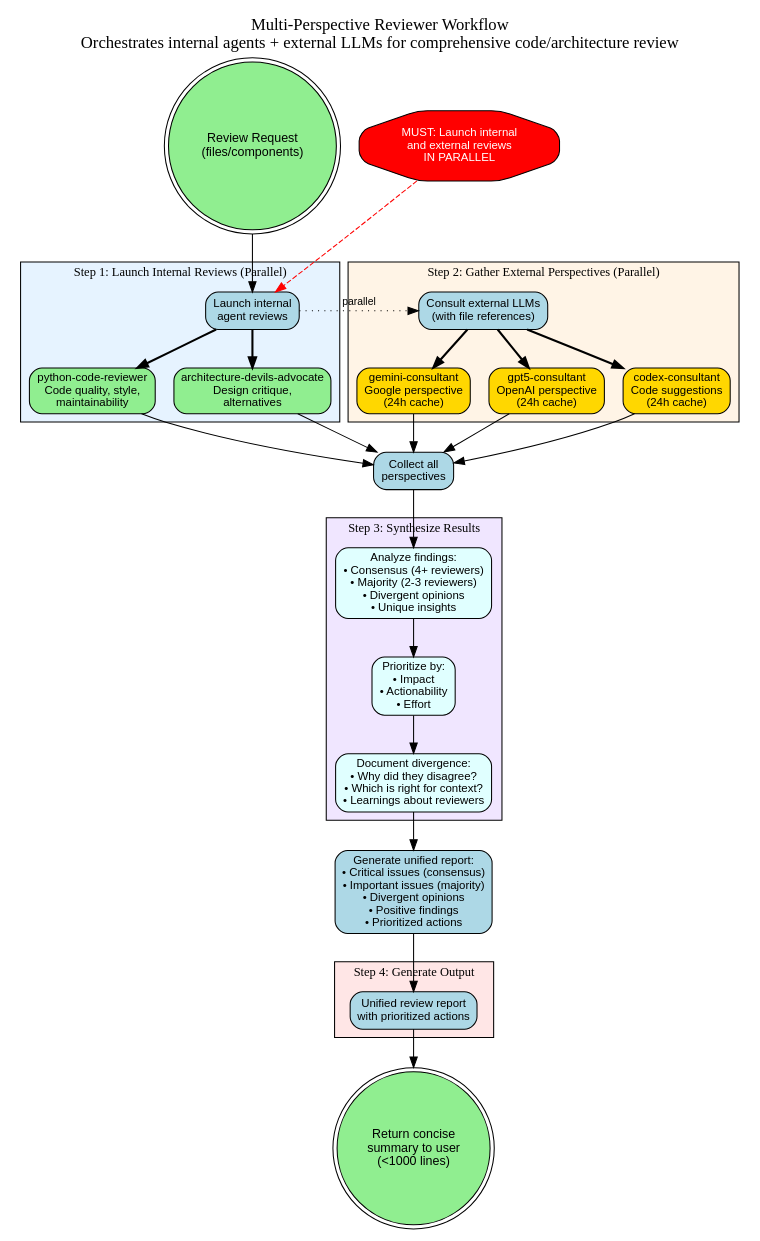
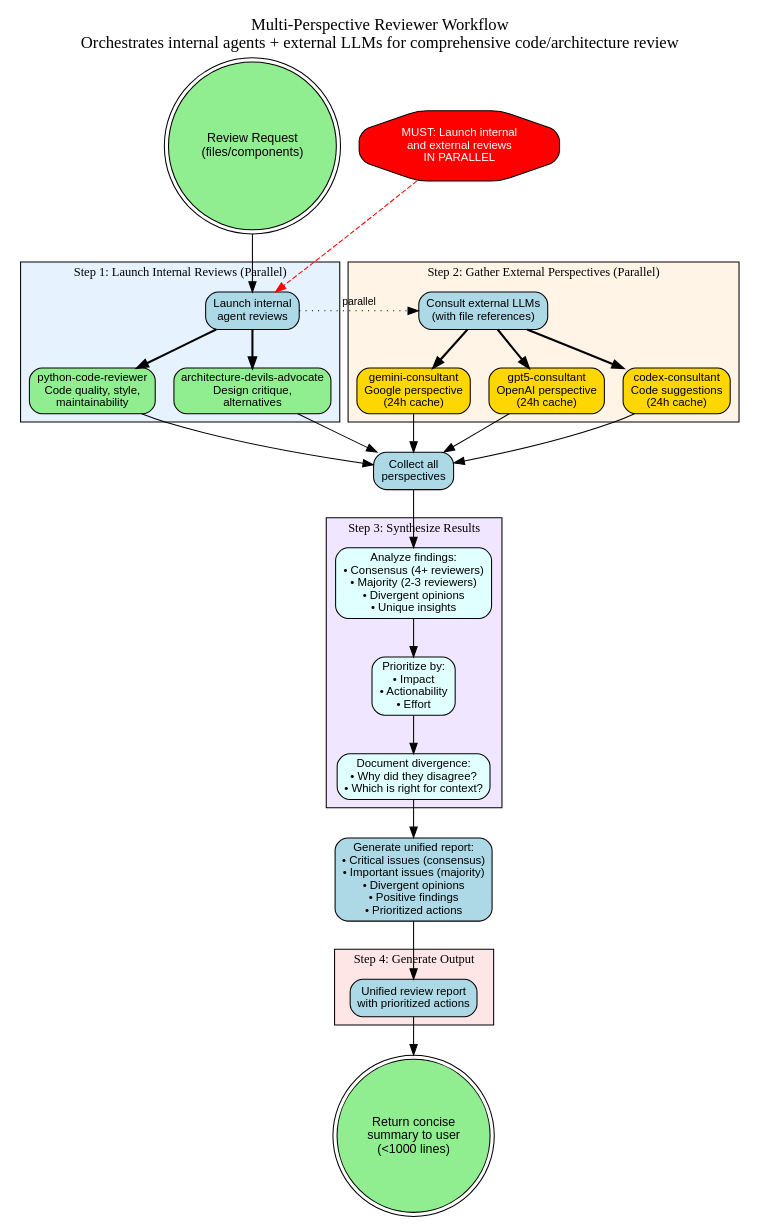
One commit to ravila4/claude-code-config changed the diagram in claude/agents/diagrams/multi-perspective-reviewer-workflow.dot. Above: the diagram before and after it, drawn with Graphviz. The commit also changed 10 other files, not shown here.

```diff
--- a/claude/agents/diagrams/multi-perspective-reviewer-workflow.dot
+++ b/claude/agents/diagrams/multi-perspective-reviewer-workflow.dot
@@ -1,127 +1,127 @@
 digraph MultiPerspectiveReviewer {
     rankdir = TB;
     compound = true;
     newrank = true;
 
     // Title
     labelloc = "t";
     label = "Multi-Perspective Reviewer Workflow\nOrchestrates internal agents + external LLMs for comprehensive code/architecture review";
     fontsize = 16;
     fontname = "Arial Bold";
 
     // Node defaults
     node [fontname="Arial", fontsize=11, style="rounded,filled"];
     edge [fontname="Arial", fontsize=10];
 
     // Entry point
     Start [label="Review Request\n(files/components)", shape=doublecircle, fillcolor=lightgreen, fontsize=12];
 
     // Step 1: Launch internal reviews (parallel)
     subgraph cluster_internal {
         label = "Step 1: Launch Internal Reviews (Parallel)";
         style = filled;
         fillcolor = "#e6f3ff";
         fontsize = 12;
         fontname = "Arial Bold";
 
         LaunchInternal [label="Launch internal\nagent reviews", shape=box, fillcolor=lightblue];
 
         PythonReviewer [label="python-code-reviewer\nCode quality, style,\nmaintainability", shape=box, fillcolor="#90EE90"];
 
         ArchReviewer [label="architecture-devils-advocate\nDesign critique,\nalternatives", shape=box, fillcolor="#90EE90"];
     }
 
     // Step 3: Consult external LLMs (parallel)
     subgraph cluster_external {
         label = "Step 2: Gather External Perspectives (Parallel)";
         style = filled;
         fillcolor = "#fff4e6";
         fontsize = 12;
         fontname = "Arial Bold";
 
         LaunchExternal [label="Consult external LLMs\n(with file references)", shape=box, fillcolor=lightblue];
 
         GeminiConsult [label="gemini-consultant\nGoogle perspective\n(24h cache)", shape=box, fillcolor="#FFD700"];
 
         GPT5Consult [label="gpt5-consultant\nOpenAI perspective\n(24h cache)", shape=box, fillcolor="#FFD700"];
 
         CodexConsult [label="codex-consultant\nCode suggestions\n(24h cache)", shape=box, fillcolor="#FFD700"];
     }
 
     // Collect results
     CollectResults [label="Collect all\nperspectives", shape=box, fillcolor=lightblue];
 
     // Step 4: Synthesis
     subgraph cluster_synthesis {
         label = "Step 3: Synthesize Results";
         style = filled;
         fillcolor = "#f0e6ff";
         fontsize = 12;
         fontname = "Arial Bold";
 
         Analyze [label="Analyze findings:\n• Consensus (4+ reviewers)\n• Majority (2-3 reviewers)\n• Divergent opinions\n• Unique insights", shape=box, fillcolor=lightcyan];
 
         Prioritize [label="Prioritize by:\n• Impact\n• Actionability\n• Effort", shape=box, fillcolor=lightcyan];
 
-        Document [label="Document divergence:\n• Why did they disagree?\n• Which is right for context?\n• Learnings about reviewers", shape=box, fillcolor=lightcyan];
+        Document [label="Document divergence:\n• Why did they disagree?\n• Which is right for context?", shape=box, fillcolor=lightcyan];
     }
 
     // Output
     GenerateReport [label="Generate unified report:\n• Critical issues (consensus)\n• Important issues (majority)\n• Divergent opinions\n• Positive findings\n• Prioritized actions", shape=box, fillcolor=lightblue];
 
     // Step 5: Output
     subgraph cluster_output {
         label = "Step 4: Generate Output";
         style = filled;
         fillcolor = "#ffe6e6";
         fontsize = 12;
         fontname = "Arial Bold";
 
         FinalReport [label="Unified review report\nwith prioritized actions", shape=box, fillcolor=lightblue];
     }
 
     // Exit
     End [label="Return concise\nsummary to user\n(<1000 lines)", shape=doublecircle, fillcolor=lightgreen, fontsize=12];
 
     // Important constraints
     ParallelConstraint [label="MUST: Launch internal\nand external reviews\nIN PARALLEL", shape=octagon, fillcolor=red, fontcolor=white];
 
     // Flow
     Start -> LaunchInternal;
 
     // Internal reviews (parallel)
     LaunchInternal -> PythonReviewer [style=bold];
     LaunchInternal -> ArchReviewer [style=bold];
 
     // External consultations (parallel)
     LaunchInternal -> LaunchExternal [style=dotted, label="parallel"];
 
     LaunchExternal -> GeminiConsult [style=bold];
     LaunchExternal -> GPT5Consult [style=bold];
     LaunchExternal -> CodexConsult [style=bold];
 
     // Collect from all sources
     PythonReviewer -> CollectResults;
     ArchReviewer -> CollectResults;
     GeminiConsult -> CollectResults;
     GPT5Consult -> CollectResults;
     CodexConsult -> CollectResults;
 
     // Synthesis pipeline
     CollectResults -> Analyze;
     Analyze -> Prioritize;
     Prioritize -> Document;
 
     Document -> GenerateReport;
 
     // Output
     GenerateReport -> FinalReport;
     FinalReport -> End;
 
     // Constraints positioning
     ParallelConstraint -> LaunchInternal [style=dashed, color=red, constraint=false];
 
     // Keep steps at same rank
     { rank=same; LaunchInternal; LaunchExternal; }
     { rank=same; PythonReviewer; ArchReviewer; GeminiConsult; GPT5Consult; CodexConsult; }
 }
```
